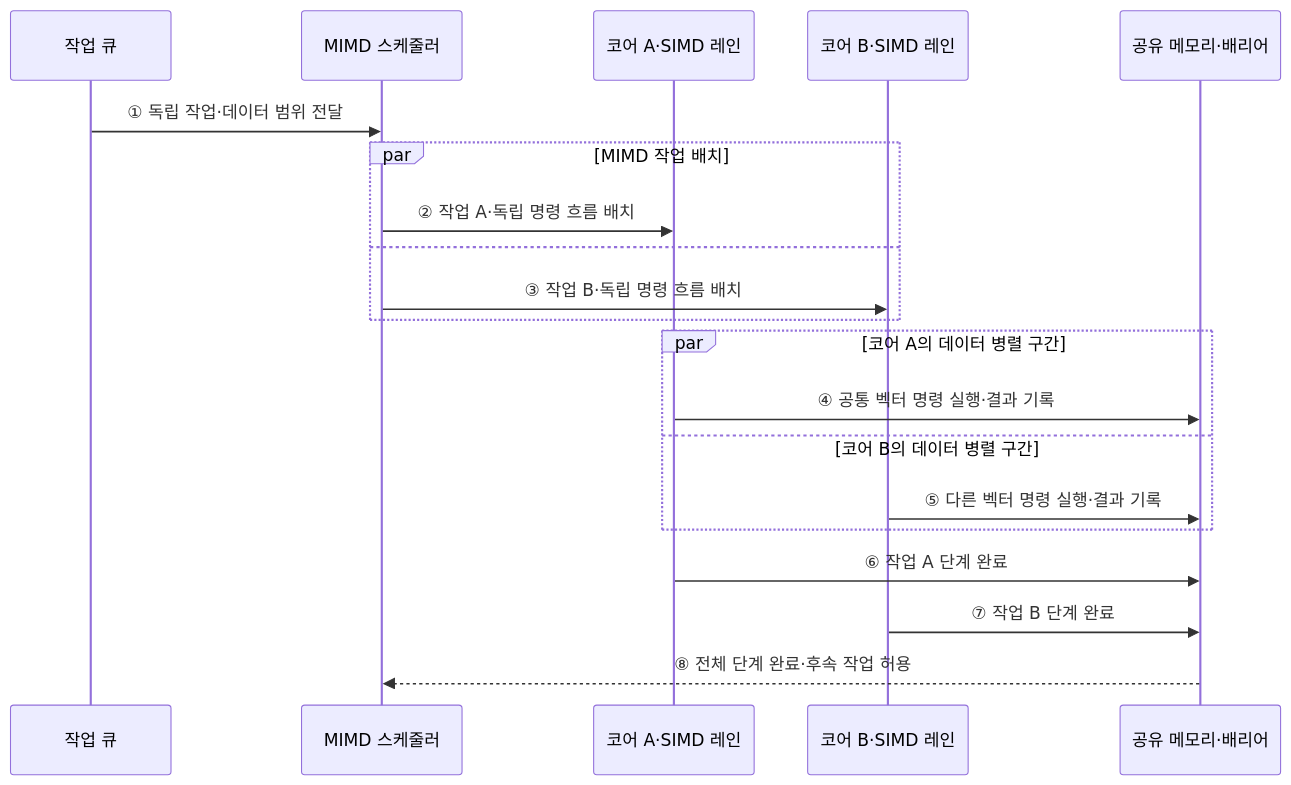
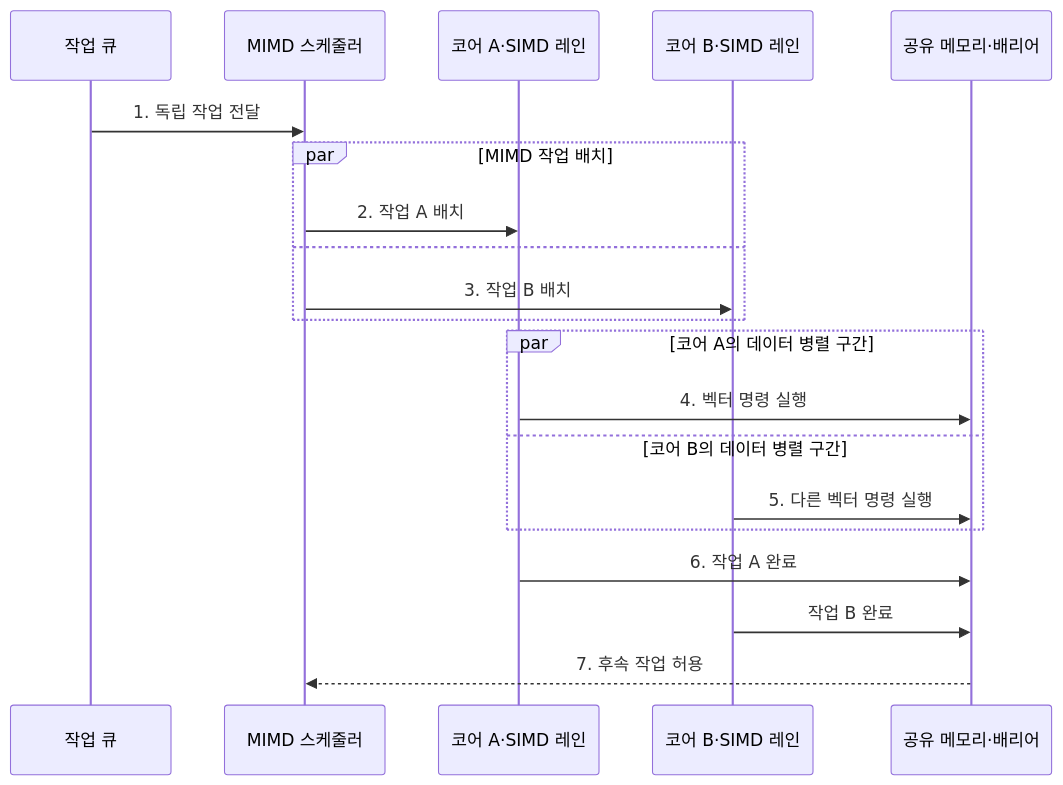
Before and after one commit to agnusdei1207/knowledge-base: the second of 2 diagrams in src/content/docs/notes/02-hardware/053_simd_mimd.md, drawn with Mermaid. The commit also changed other lines of this file and 20 other files, not shown here.

````diff
--- a/src/content/docs/notes/02-hardware/053_simd_mimd.md
+++ b/src/content/docs/notes/02-hardware/053_simd_mimd.md
@@ -71,23 +81,23 @@
 ```mermaid
 sequenceDiagram
     participant Q as 작업 큐
     participant S as MIMD 스케줄러
     participant A as 코어 A·SIMD 레인
     participant C as 코어 B·SIMD 레인
     participant B as 공유 메모리·배리어
 
-    Q->>S: ① 독립 작업·데이터 범위 전달
+    Q->>S: 1. 독립 작업 전달
     par MIMD 작업 배치
-        S->>A: ② 작업 A·독립 명령 흐름 배치
+        S->>A: 2. 작업 A 배치
     and
-        S->>C: ③ 작업 B·독립 명령 흐름 배치
+        S->>C: 3. 작업 B 배치
     end
     par 코어 A의 데이터 병렬 구간
-        A->>B: ④ 공통 벡터 명령 실행·결과 기록
+        A->>B: 4. 벡터 명령 실행
     and 코어 B의 데이터 병렬 구간
-        C->>B: ⑤ 다른 벡터 명령 실행·결과 기록
+        C->>B: 5. 다른 벡터 명령 실행
     end
-    A->>B: ⑥ 작업 A 단계 완료
-    C->>B: ⑦ 작업 B 단계 완료
-    B-->>S: ⑧ 전체 단계 완료·후속 작업 허용
+    A->>B: 6. 작업 A 완료
+    C->>B: 작업 B 완료
+    B-->>S: 7. 후속 작업 허용
 ```
````
